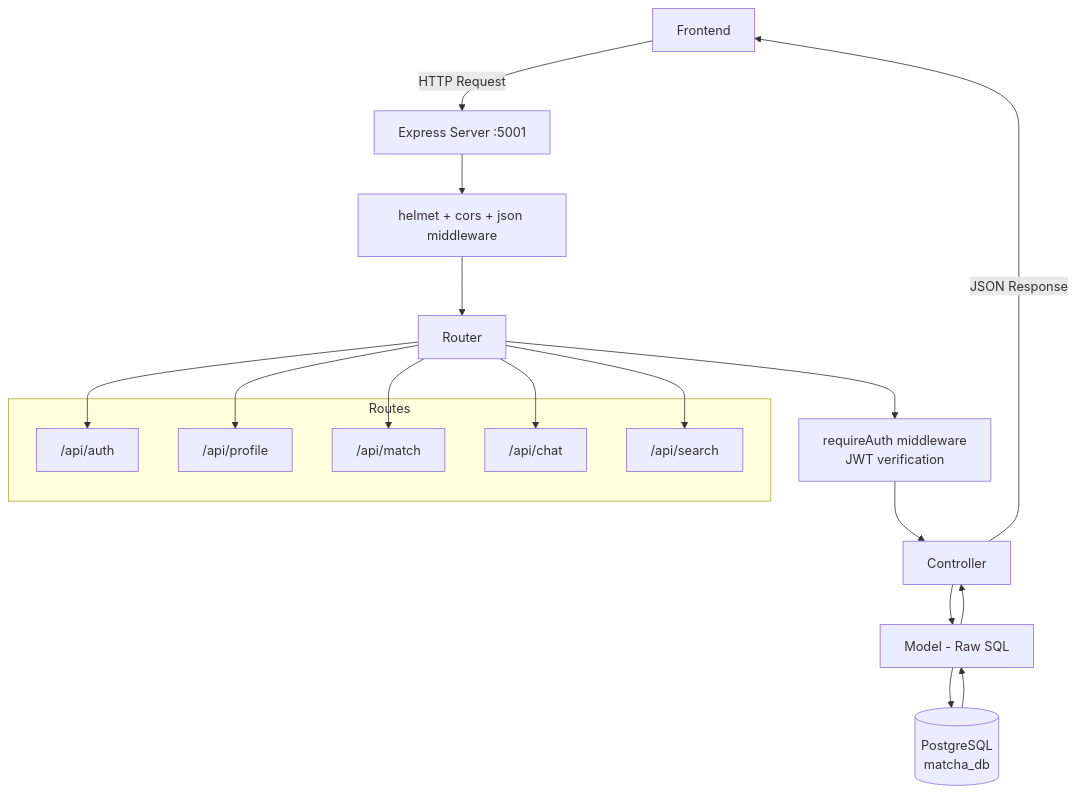
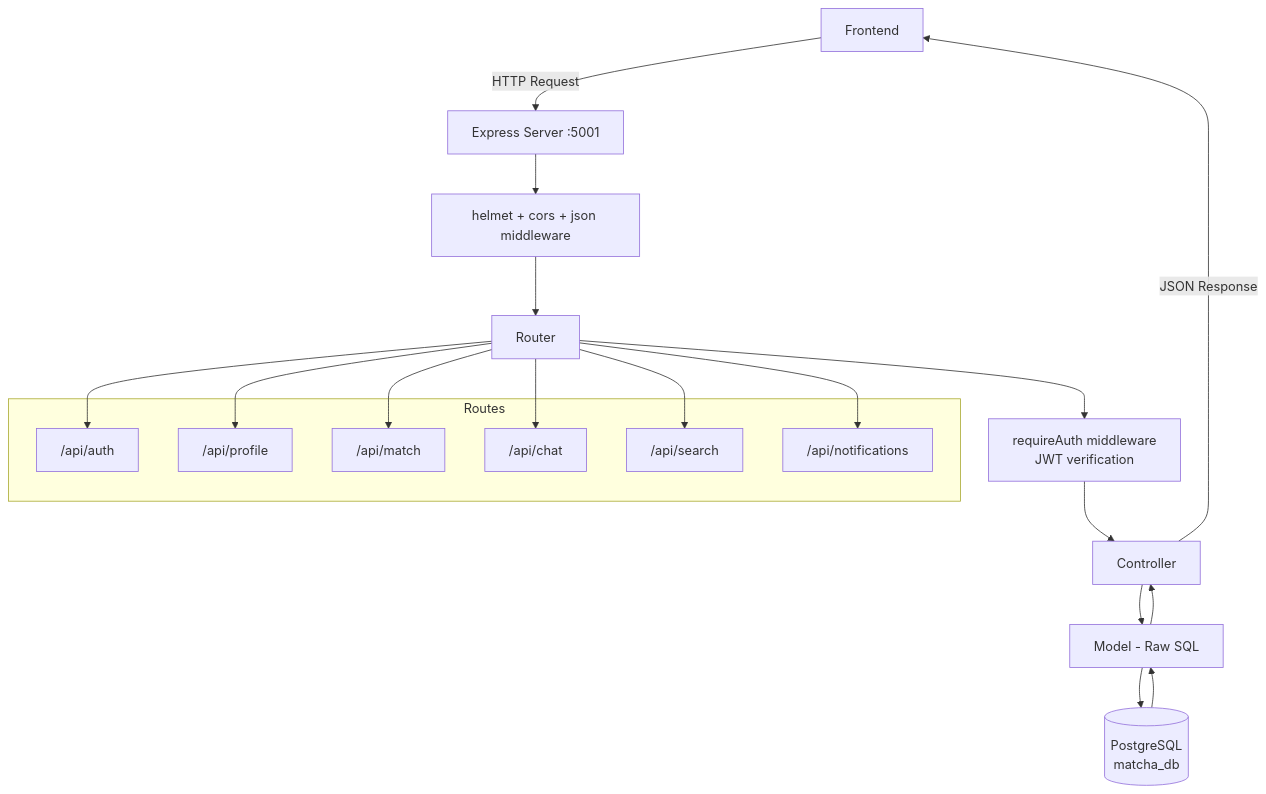
The second of 2 diagrams in backend/README.md (daryloye/42_matcha), drawn with Mermaid before and after one commit. The commit also changed other lines of this file and 10 other files, not shown here.

````diff
--- a/backend/README.md
+++ b/backend/README.md
@@ -198,27 +209,29 @@
 ```mermaid
 flowchart TD
     FE[Frontend] -->|HTTP Request| EX[Express Server :5001]
     EX --> HM[helmet + cors + json middleware]
     HM --> RT[Router]
     RT --> AM[requireAuth middleware\nJWT verification]
     AM --> CT[Controller]
     CT --> MD[Model - Raw SQL]
     MD --> PG[(PostgreSQL\nmatcha_db)]
     PG --> MD
     MD --> CT
     CT -->|JSON Response| FE
 
     subgraph Routes
         AR["/api/auth"]
         PR["/api/profile"]
         MR["/api/match"]
         CHR["/api/chat"]
         SR["/api/search"]
+        NR["/api/notifications"]
     end
 
     RT --> AR
     RT --> PR
     RT --> MR
     RT --> CHR
     RT --> SR
+    RT --> NR
 ```
````
